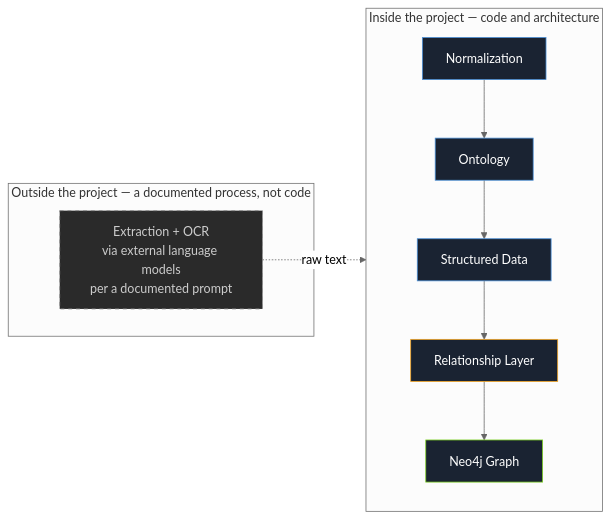
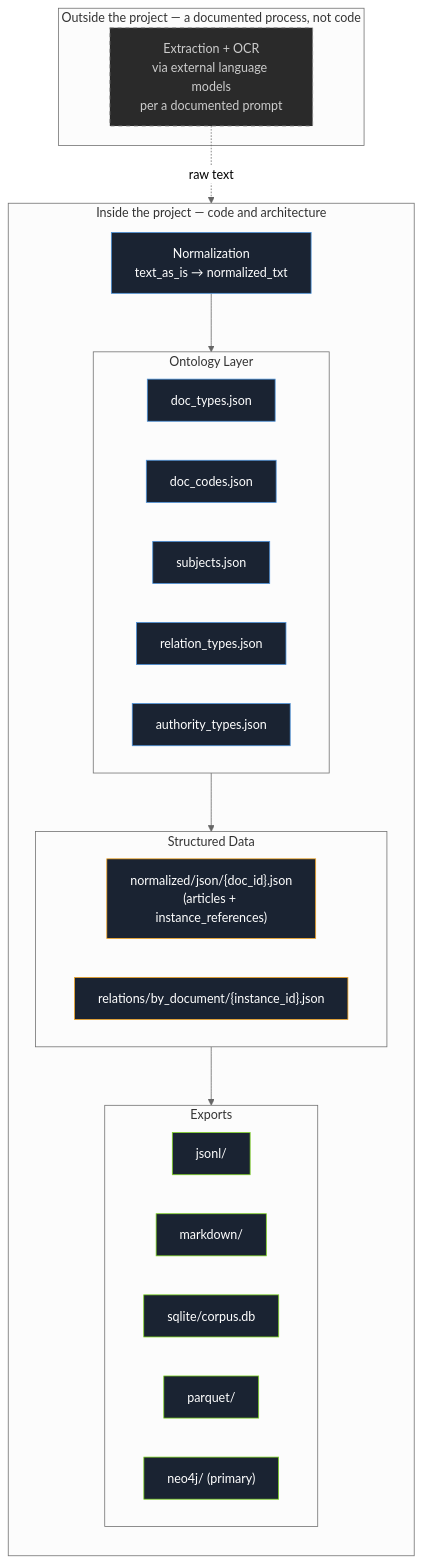
Before and after one commit to heshammalek/ELKM-Egyptian-Legal-Knowledge-Model: the first of 4 diagrams in README.md, drawn with Mermaid (neutral theme). The commit also changed other lines of this file, not shown here.

````diff
--- a/README.md
+++ b/README.md
@@ -131,21 +161,56 @@
 ```mermaid
-flowchart LR
+flowchart TB
     subgraph external ["Outside the project — a documented process, not code"]
         ocr["Extraction + OCR<br/>via external language models<br/>per a documented prompt"]
     end
+
     subgraph project ["Inside the project — code and architecture"]
         direction TB
-        norm["Normalization"] --> onto["Ontology"]
-        onto --> struct["Structured Data"]
-        struct --> rel["Relationship Layer"]
-        rel --> graphdb["Neo4j Graph"]
+
+        norm["Normalization<br/>text_as_is → normalized_txt"]
+
+        subgraph ontology ["Ontology Layer"]
+            direction LR
+            ont1["doc_types.json"]
+            ont2["doc_codes.json"]
+            ont3["subjects.json"]
+            ont4["relation_types.json"]
+            ont5["authority_types.json"]
+        end
+
+        subgraph structured ["Structured Data"]
+            direction LR
+            st1["normalized/json/{doc_id}.json<br/>(articles + instance_references)"]
+            st2["relations/by_document/{instance_id}.json"]
+        end
+
+        subgraph exports ["Exports"]
+            direction LR
+            exp1["jsonl/"]
+            exp2["markdown/"]
+            exp3["sqlite/corpus.db"]
+            exp4["parquet/"]
+            exp5["neo4j/ (primary)"]
+        end
     end
+
     ocr -.raw text.-> norm
+    norm --> ontology
+    ontology --> structured
+    structured --> exports
 
     style ocr fill:#2a2a2a,stroke:#888,color:#ccc,stroke-dasharray: 5 5
     style norm fill:#1a2332,stroke:#4a90d9,color:#fff
-    style onto fill:#1a2332,stroke:#4a90d9,color:#fff
-    style struct fill:#1a2332,stroke:#4a90d9,color:#fff
-    style rel fill:#1a2332,stroke:#f5a623,color:#fff
-    style graphdb fill:#1a2332,stroke:#7ed321,color:#fff
+    style ont1 fill:#1a2332,stroke:#4a90d9,color:#fff
+    style ont2 fill:#1a2332,stroke:#4a90d9,color:#fff
+    style ont3 fill:#1a2332,stroke:#4a90d9,color:#fff
+    style ont4 fill:#1a2332,stroke:#4a90d9,color:#fff
+    style ont5 fill:#1a2332,stroke:#4a90d9,color:#fff
+    style st1 fill:#1a2332,stroke:#f5a623,color:#fff
+    style st2 fill:#1a2332,stroke:#f5a623,color:#fff
+    style exp1 fill:#1a2332,stroke:#7ed321,color:#fff
+    style exp2 fill:#1a2332,stroke:#7ed321,color:#fff
+    style exp3 fill:#1a2332,stroke:#7ed321,color:#fff
+    style exp4 fill:#1a2332,stroke:#7ed321,color:#fff
+    style exp5 fill:#1a2332,stroke:#7ed321,color:#fff
 ```
````
